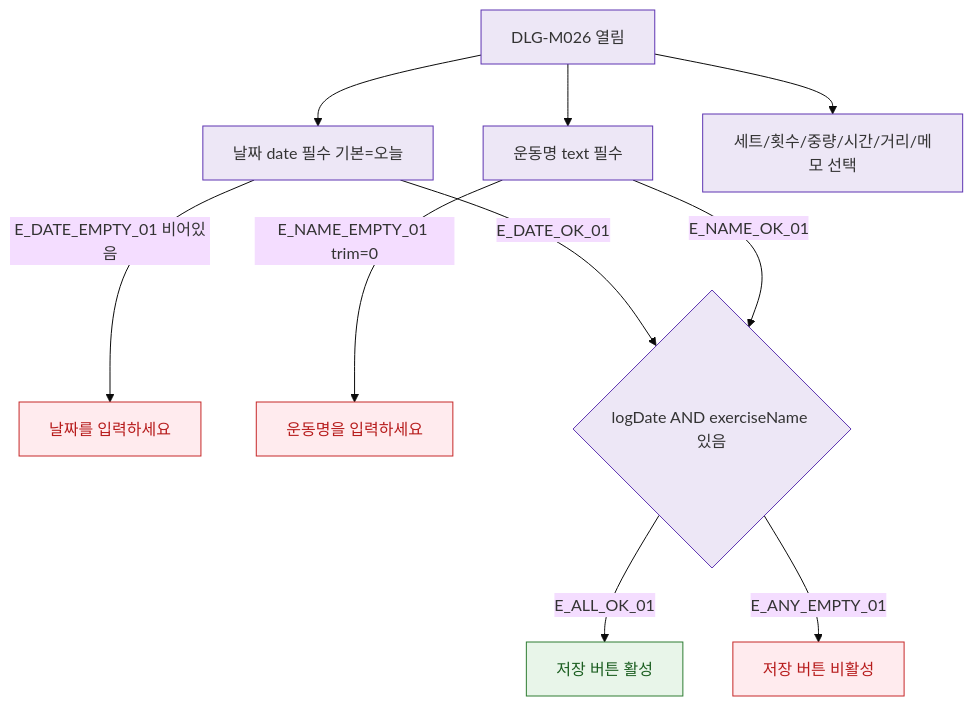
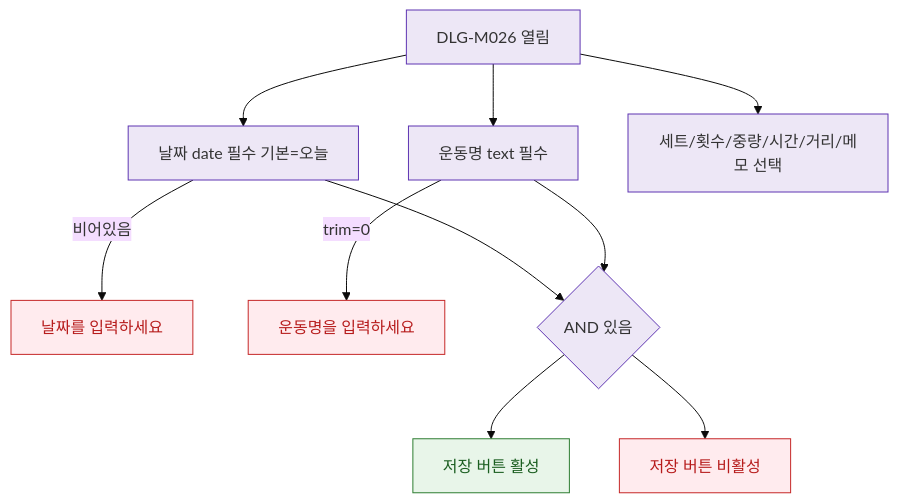
Before and after one commit to dev-spogym/admin-pando: the diagram in docs/다이어그램/D02_회원관리/DLG/DLG-M026_운동이력등록/M2_필드검증.md, drawn with Mermaid (base theme). The commit also changed other lines of this file and 1660 other files, not shown here.

First line of the commit message:
다이어그램: 기획자/클라이언트 납품본으로 정리

````diff
--- a/docs/다이어그램/D02_회원관리/DLG/DLG-M026_운동이력등록/M2_필드검증.md
+++ b/docs/다이어그램/D02_회원관리/DLG/DLG-M026_운동이력등록/M2_필드검증.md
@@ -22,25 +20,25 @@
 ```mermaid
 flowchart TD
   DLG[DLG-M026 열림]
 
   DLG --> FLD_DATE[날짜 date 필수 기본=오늘]
   DLG --> FLD_NAME[운동명 text 필수]
   DLG --> FLD_OPT[세트/횟수/중량/시간/거리/메모 선택]
 
-  FLD_DATE -->|E_DATE_EMPTY_01 비어있음| ERR_DATE[날짜를 입력하세요]
-  FLD_NAME -->|E_NAME_EMPTY_01 trim=0| ERR_NAME[운동명을 입력하세요]
+  FLD_DATE -->|비어있음|ERR_DATE[날짜를 입력하세요]
+  FLD_NAME -->|trim=0|ERR_NAME[운동명을 입력하세요]
 
-  FLD_DATE -->|E_DATE_OK_01| CHECK_ALL{logDate AND exerciseName 있음}
-  FLD_NAME -->|E_NAME_OK_01| CHECK_ALL
+  FLD_DATE --> CHECK_ALL{AND 있음}
+  FLD_NAME --> CHECK_ALL
 
-  CHECK_ALL -->|E_ALL_OK_01| BTN_ACTIVE[저장 버튼 활성]
-  CHECK_ALL -->|E_ANY_EMPTY_01| BTN_DISABLED[저장 버튼 비활성]
+  CHECK_ALL --> BTN_ACTIVE[저장 버튼 활성]
+  CHECK_ALL --> BTN_DISABLED[저장 버튼 비활성]
 
-  classDef system  fill:#EDE7F6,stroke:#5E35B2
+  classDef system fill:#EDE7F6,stroke:#5E35B2
   classDef success fill:#E8F5E9,stroke:#2E7D32,color:#1B5E20
-  classDef error   fill:#FFEBEE,stroke:#C62828,color:#B71C1C
+  classDef error fill:#FFEBEE,stroke:#C62828,color:#B71C1C
 
   class DLG,FLD_DATE,FLD_NAME,FLD_OPT,CHECK_ALL system
   class BTN_ACTIVE success
   class ERR_DATE,ERR_NAME,BTN_DISABLED error
 ```
````
